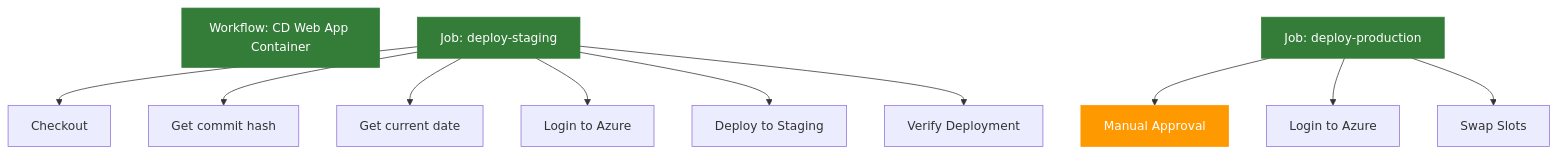
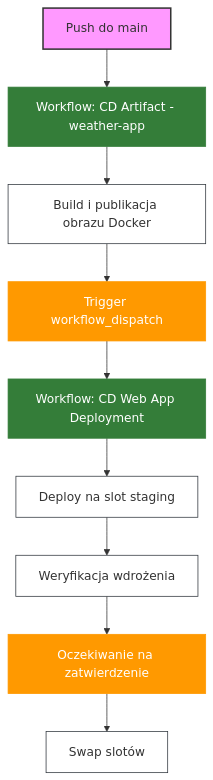
Before and after one commit to wguzik/basiccicd: the diagram in README-deployment-webapp.md, drawn with Mermaid. The commit also changed other lines of this file and 4 other files, not shown here.

````diff
--- a/README-deployment-webapp.md
+++ b/README-deployment-webapp.md
@@ -168,22 +202,21 @@
 ```mermaid
 graph TD
-    A[Workflow: CD Web App Container]
-    B1[Job: deploy-staging]
-    B2[Job: deploy-production]
+    A[Push do main] --> B[Workflow: CD Artifact - weather-app]
+    B --> C[Build i publikacja obrazu Docker]
+    C --> D[Trigger workflow_dispatch]
+    D --> E[Workflow: CD Web App Deployment]
+    E --> F[Deploy na slot staging]
+    F --> G[Weryfikacja wdrożenia]
+    G --> H[Oczekiwanie na zatwierdzenie]
+    H --> I[Swap slotów]
     
-    B1 --> C[Checkout]
-    B1 --> D[Get commit hash]
-    B1 --> E[Get current date]
-    B1 --> F[Login to Azure]
-    B1 --> G[Deploy to Staging]
-    B1 --> H[Verify Deployment]
-    
-    B2 --> I[Manual Approval]
-    B2 --> J[Login to Azure]
-    B2 --> K[Swap Slots]
-    
-    style A fill:#347d39,stroke:#347d39,color:#ffffff
-    style B1 fill:#347d39,stroke:#347d39,color:#ffffff
-    style B2 fill:#347d39,stroke:#347d39,color:#ffffff
-    style I fill:#ff9900,stroke:#ff9900,color:#ffffff
+    style A fill:#f9f,stroke:#333,stroke-width:2px
+    style B fill:#347d39,stroke:#347d39,color:#ffffff
+    style C fill:#ffffff,stroke:#30363d
+    style D fill:#ff9900,stroke:#ff9900,color:#ffffff
+    style E fill:#347d39,stroke:#347d39,color:#ffffff
+    style F fill:#ffffff,stroke:#30363d
+    style G fill:#ffffff,stroke:#30363d
+    style H fill:#ff9900,stroke:#ff9900,color:#ffffff
+    style I fill:#ffffff,stroke:#30363d
 ```
````
